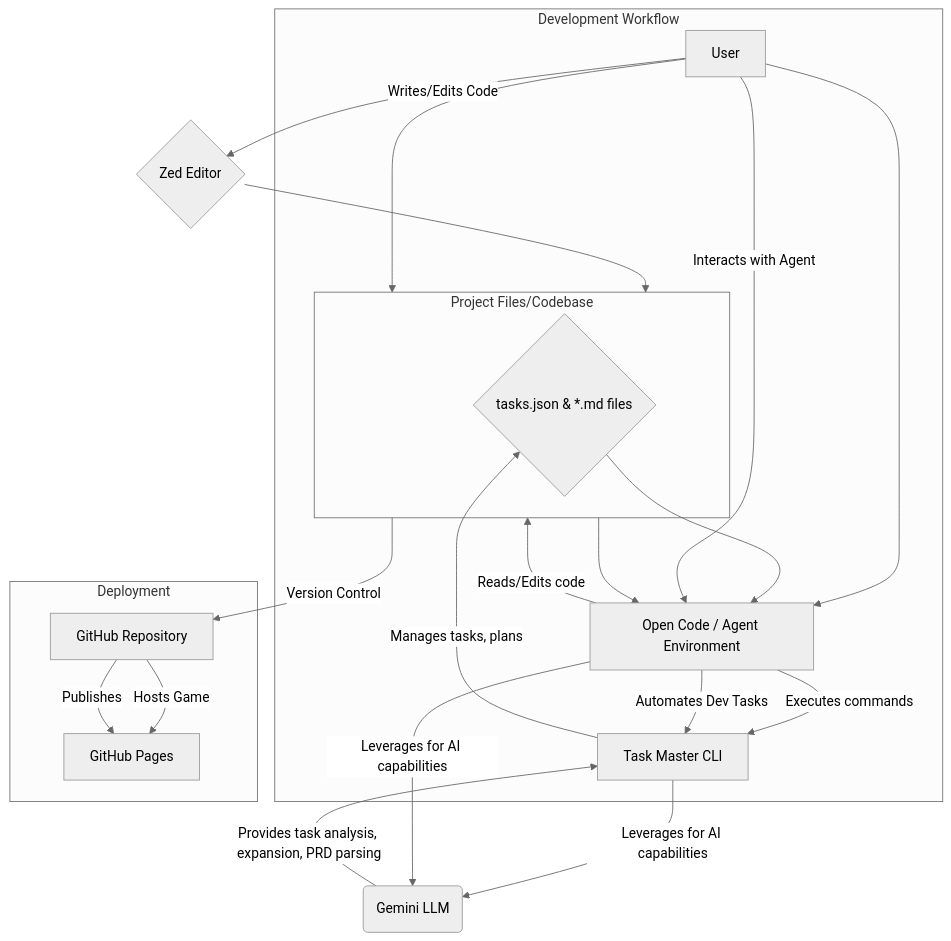
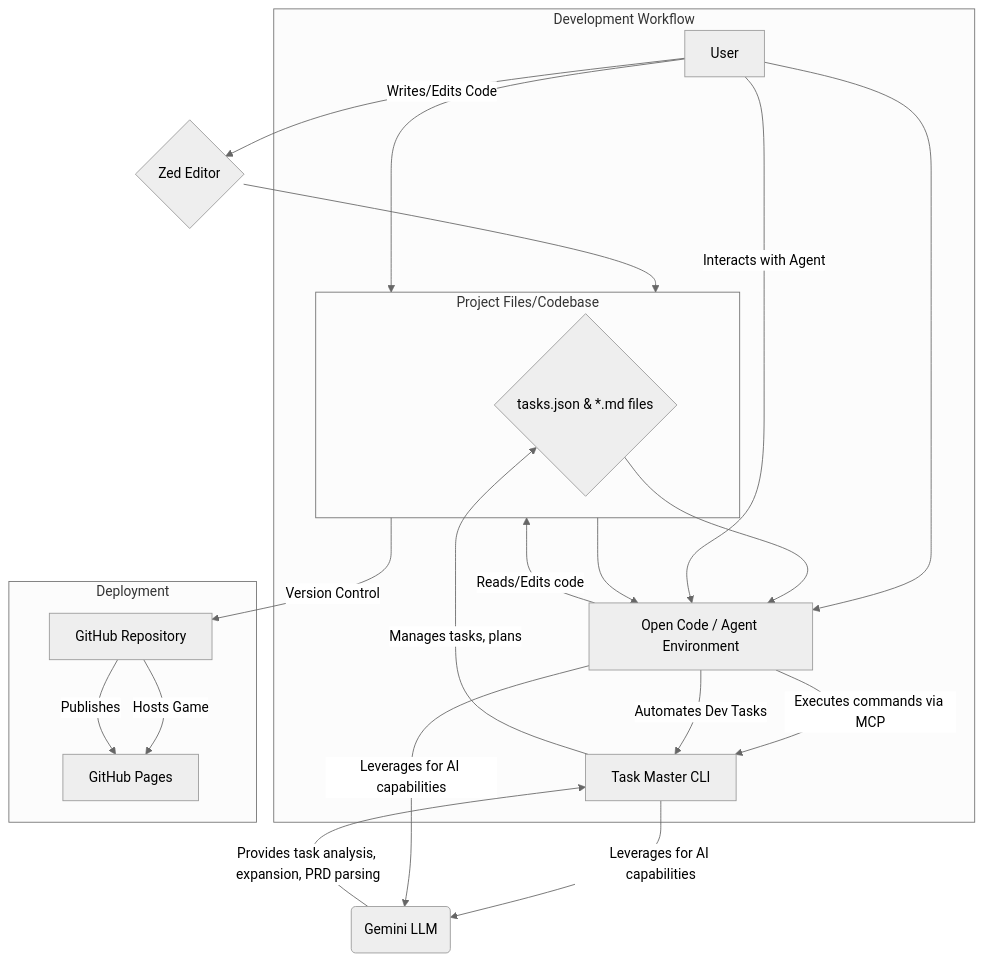
Before and after one commit to malcolmbastien/malcolmbastien.github.io: the diagram in flappy-bird-dev-workflow.md, drawn with Mermaid (neutral theme). The commit also changed other lines of this file, not shown here.

Commit message:
Update workflow diagram and description
Changes:

* Updated the diagram to reflect MCP usage. * Clarified the role of MCP
in the description.

````diff
--- a/flappy-bird-dev-workflow.md
+++ b/flappy-bird-dev-workflow.md
@@ -5,33 +5,33 @@
 ```mermaid
 graph TD
     A[User] --> B{Zed Editor};
     B --> C;
     C --> D[Open Code / Agent Environment];
     A --> D;
 
     subgraph C[Project Files/Codebase]
         F{tasks.json & *.md files}
     end
 
-    D -- "Executes commands" --> E[Task Master CLI];
+    D -- "Executes commands via MCP" --> E[Task Master CLI];
     E -- "Manages tasks, plans" --> F;
     E -- "Leverages for AI capabilities" --> G(Gemini LLM);
     D -- "Leverages for AI capabilities" --> G;
 
     G -- "Provides task analysis, expansion, PRD parsing" --> E;
     F --> D;
 
     D -- "Reads/Edits code" --> C;
     C -- "Version Control" --> H[GitHub Repository];
     H -- "Hosts Game" --> I[GitHub Pages];
 
     subgraph Development Workflow
         A -- "Writes/Edits Code" --> C;
         A -- "Interacts with Agent" --> D;
         D -- "Automates Dev Tasks" --> E;
     end
 
     subgraph Deployment
         H -- "Publishes" --> I;
     end
 ```
````
